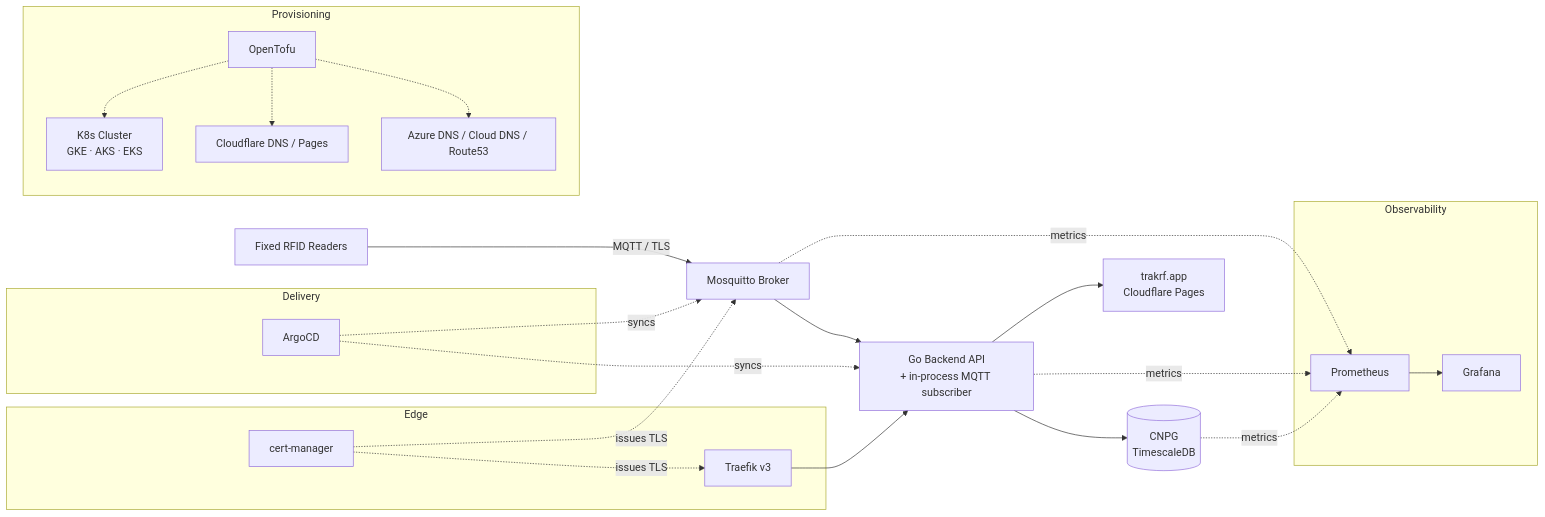
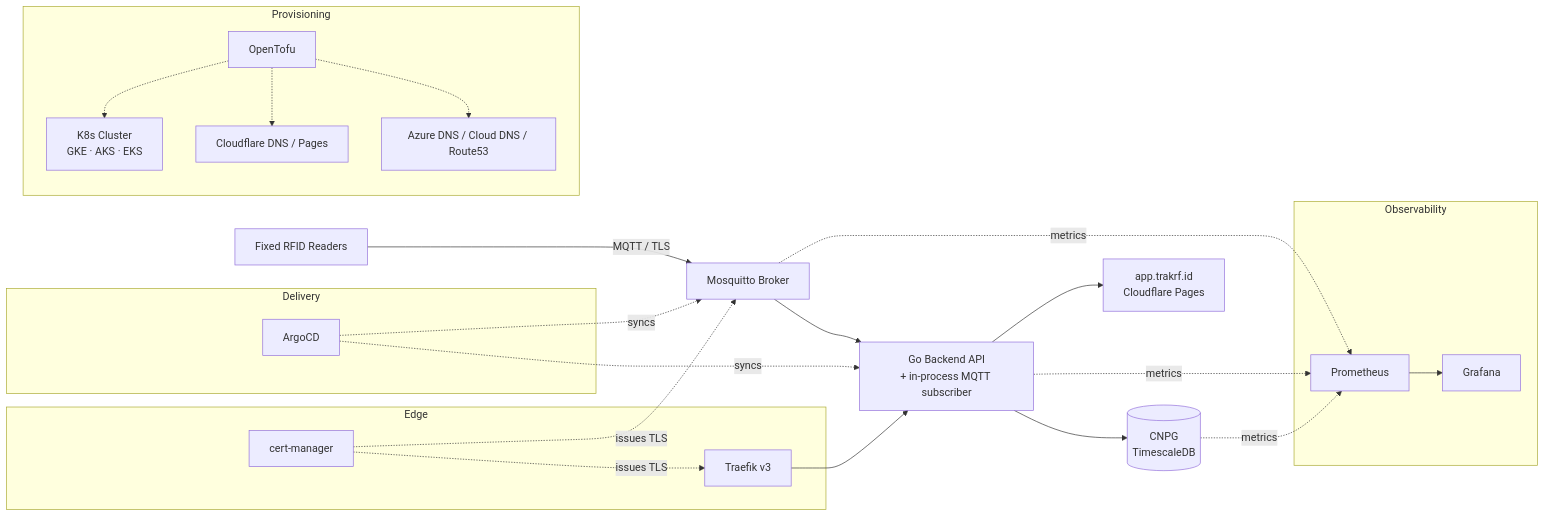
The diagram in README.md (trakrf/infra), drawn with Mermaid before and after one commit. The commit also changed other lines of this file, not shown here.

Commit message:
docs(readme): published app URL is app.trakrf.id, not trakrf.app

````diff
--- a/README.md
+++ b/README.md
@@ -13,37 +13,37 @@
 ```mermaid
 graph LR
   RDR[Fixed RFID Readers] -->|MQTT / TLS| MQTT[Mosquitto Broker]
   MQTT --> API[Go Backend API<br/>+ in-process MQTT subscriber]
   API --> DB[(CNPG<br/>TimescaleDB)]
-  API --> WEB[trakrf.app<br/>Cloudflare Pages]
+  API --> WEB[app.trakrf.id<br/>Cloudflare Pages]
 
   subgraph Observability
     PROM[Prometheus]
     GRAF[Grafana]
     PROM --> GRAF
   end
   MQTT -.metrics.-> PROM
   API -.metrics.-> PROM
   DB -.metrics.-> PROM
 
   subgraph Delivery
     ARGO[ArgoCD]
   end
   ARGO -.syncs.-> MQTT
   ARGO -.syncs.-> API
 
   subgraph Edge
     TR[Traefik v3]
     CM[cert-manager]
     CM -.issues TLS.-> TR
   end
   CM -.issues TLS.-> MQTT
   TR --> API
 
   subgraph Provisioning
     TF[OpenTofu]
     TF -.-> K8S[K8s Cluster<br/>GKE · AKS · EKS]
     TF -.-> CF[Cloudflare DNS / Pages]
     TF -.-> CDNS[Azure DNS / Cloud DNS / Route53]
   end
 ```
````
